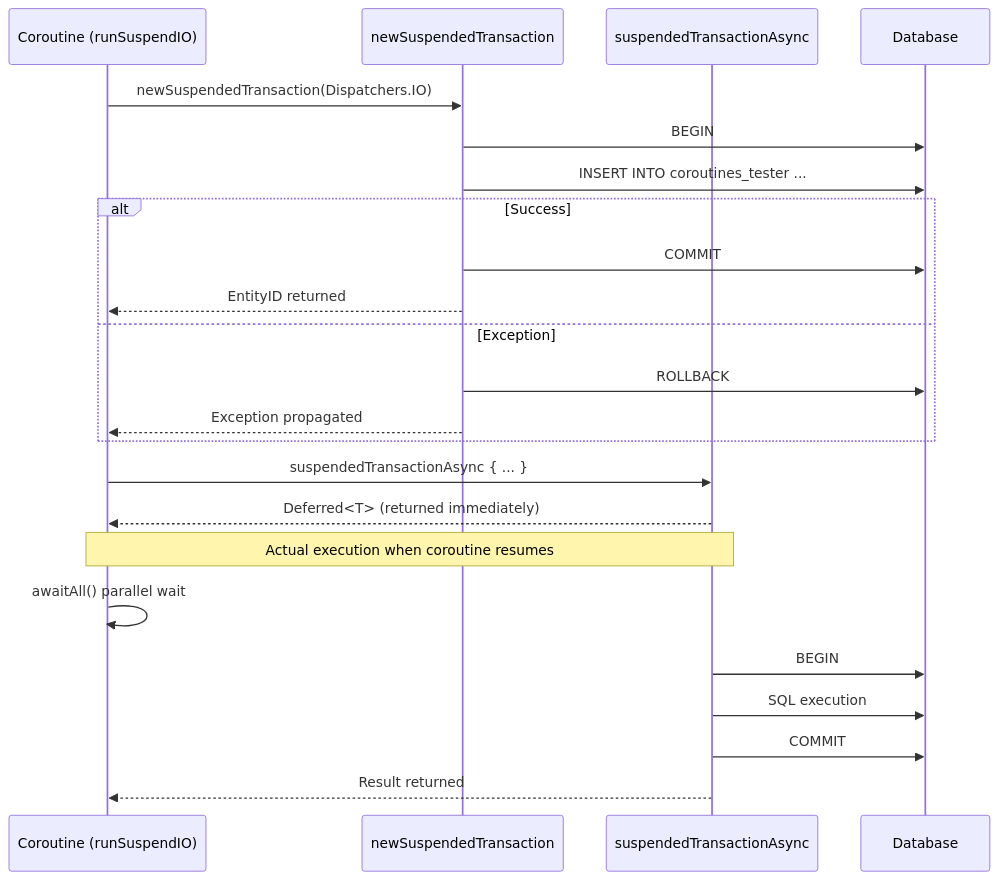
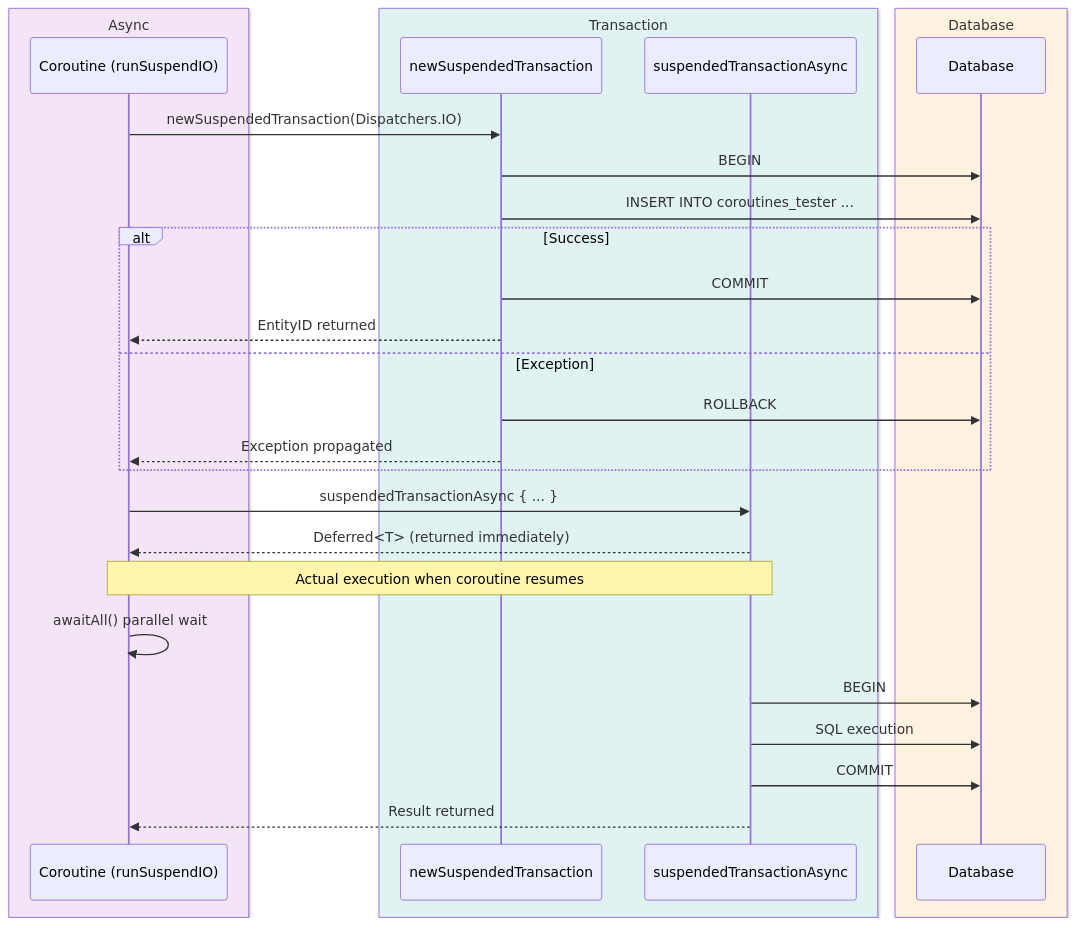
Before and after one commit to bluetape4k/exposed-workshop: the first of 3 diagrams in 08-coroutines/01-coroutines-basic/README.md, drawn with Mermaid. The commit also changed other lines of this file and 43 other files, not shown here.

First line of the commit message:
docs: sequence diagram에 box rgb() 파스텔 영역 적용

````diff
--- a/08-coroutines/01-coroutines-basic/README.md
+++ b/08-coroutines/01-coroutines-basic/README.md
@@ -63,28 +63,34 @@
 ```mermaid
-%%{init: {"theme": "neutral", "themeVariables": {"fontFamily": "'Comic Mono', 'goorm sans code', 'JetBrains Mono', 'goorm sans'", "actorBkg": "#E3F2FD", "actorBorder": "#90CAF9", "actorTextColor": "#1565C0", "actorLineColor": "#90CAF9", "activationBkgColor": "#E8F5E9", "activationBorderColor": "#A5D6A7", "labelBoxBkgColor": "#FFF3E0", "labelBoxBorderColor": "#FFCC80", "labelTextColor": "#E65100", "loopTextColor": "#6A1B9A", "noteBkgColor": "#F3E5F5", "noteBorderColor": "#CE93D8", "noteTextColor": "#6A1B9A", "signalColor": "#1565C0", "signalTextColor": "#1565C0"}}}%%
+%%{init: {"theme": "neutral", "themeVariables": {"fontFamily": "'Comic Mono', 'goorm sans code', 'JetBrains Mono', 'goorm sans'"}}}%%
 sequenceDiagram
-    participant C as Coroutine (runSuspendIO)
-    participant T1 as newSuspendedTransaction
-    participant T2 as suspendedTransactionAsync
-    participant DB as Database
+    box rgb(243, 229, 245) Async
+        participant C as Coroutine (runSuspendIO)
+    end
+    box rgb(224, 242, 241) Transaction
+        participant T1 as newSuspendedTransaction
+        participant T2 as suspendedTransactionAsync
+    end
+    box rgb(255, 243, 224) Database
+        participant DB as Database
+    end
 
     C->>T1: newSuspendedTransaction(Dispatchers.IO)
     T1->>DB: BEGIN
     T1->>DB: INSERT INTO coroutines_tester ...
     alt Success
         T1->>DB: COMMIT
         T1-->>C: EntityID returned
     else Exception
         T1->>DB: ROLLBACK
         T1-->>C: Exception propagated
     end
 
     C->>T2: suspendedTransactionAsync { ... }
     T2-->>C: Deferred<T> (returned immediately)
     Note over C,T2: Actual execution when coroutine resumes
     C->>C: awaitAll() parallel wait
     T2->>DB: BEGIN
     T2->>DB: SQL execution
     T2->>DB: COMMIT
     T2-->>C: Result returned
 ```
````
